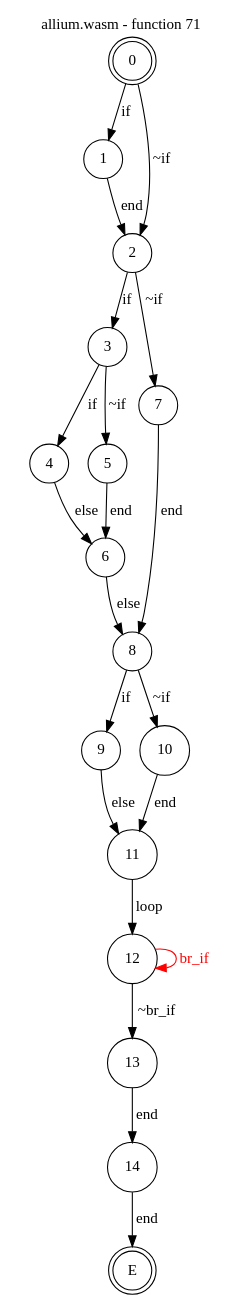
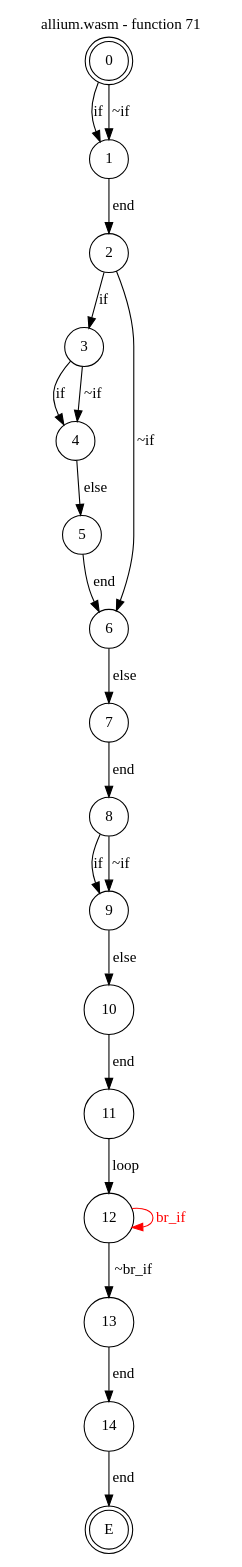
One commit to jsCarleton/wanalyze changed the diagram in test_cases/allium/funcs/allium-func71.dot. Above: the diagram before and after it, drawn with Graphviz. The commit also changed 205 other files, not shown here.

```diff
--- a/test_cases/allium/funcs/allium-func71.dot
+++ b/test_cases/allium/funcs/allium-func71.dot
@@ -1,29 +1,29 @@
 digraph finite_state_machine {
     label = "allium.wasm - function 71"
     labelloc =  t
     labelfontsize = 16
     labelfontcolor = black
     labelfontname = "Helvetica"
     node [shape = doublecircle]; 0 E ;
     node [shape = circle];
     0 -> 1[label="if"];
-    0 -> 2[label="~if"];
+    0 -> 1[label="~if"];
     1 -> 2[label="end"];
     2 -> 3[label="if"];
-    2 -> 7[label="~if"];
+    2 -> 6[label="~if"];
     3 -> 4[label="if"];
-    3 -> 5[label="~if"];
-    4 -> 6[label="else"];
+    3 -> 4[label="~if"];
+    4 -> 5[label="else"];
     5 -> 6[label="end"];
-    6 -> 8[label="else"];
+    6 -> 7[label="else"];
     7 -> 8[label="end"];
     8 -> 9[label="if"];
-    8 -> 10[label="~if"];
-    9 -> 11[label="else"];
+    8 -> 9[label="~if"];
+    9 -> 10[label="else"];
     10 -> 11[label="end"];
     11 -> 12[label="loop"];
     12 -> 13[label="~br_if"];
     12 -> 12[color="red" fontcolor="red" label="br_if"];
     13 -> 14[label="end"];
     14 -> E[label="end"];
 }
```
